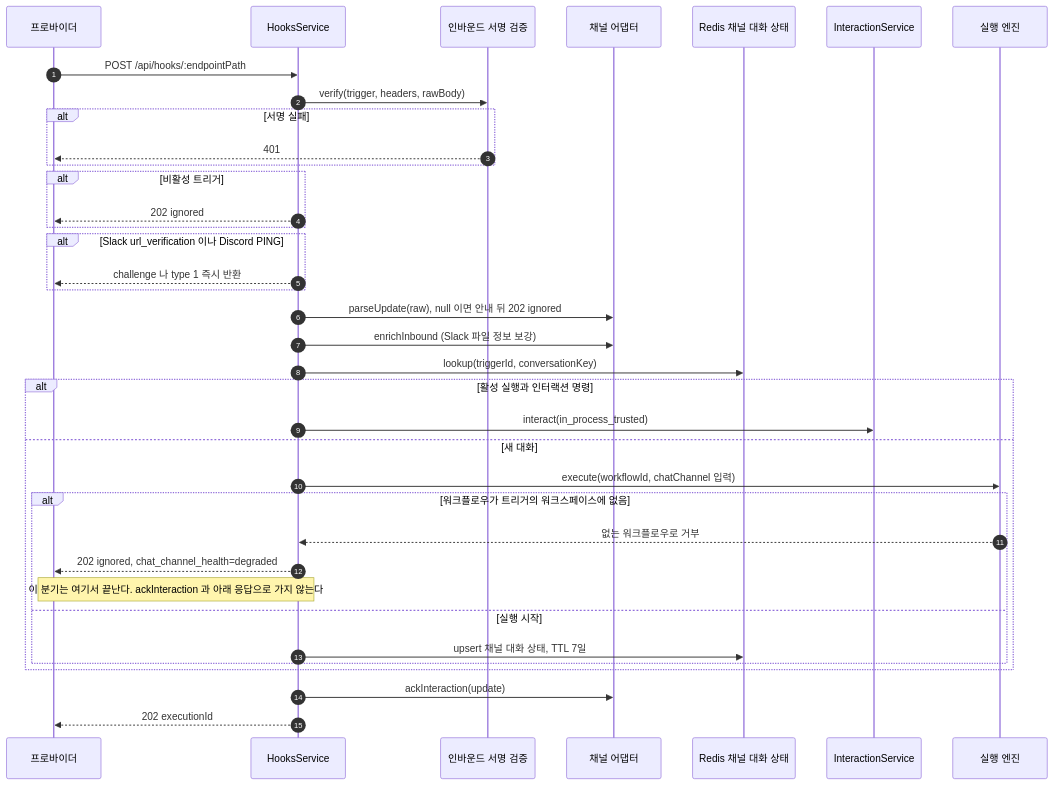
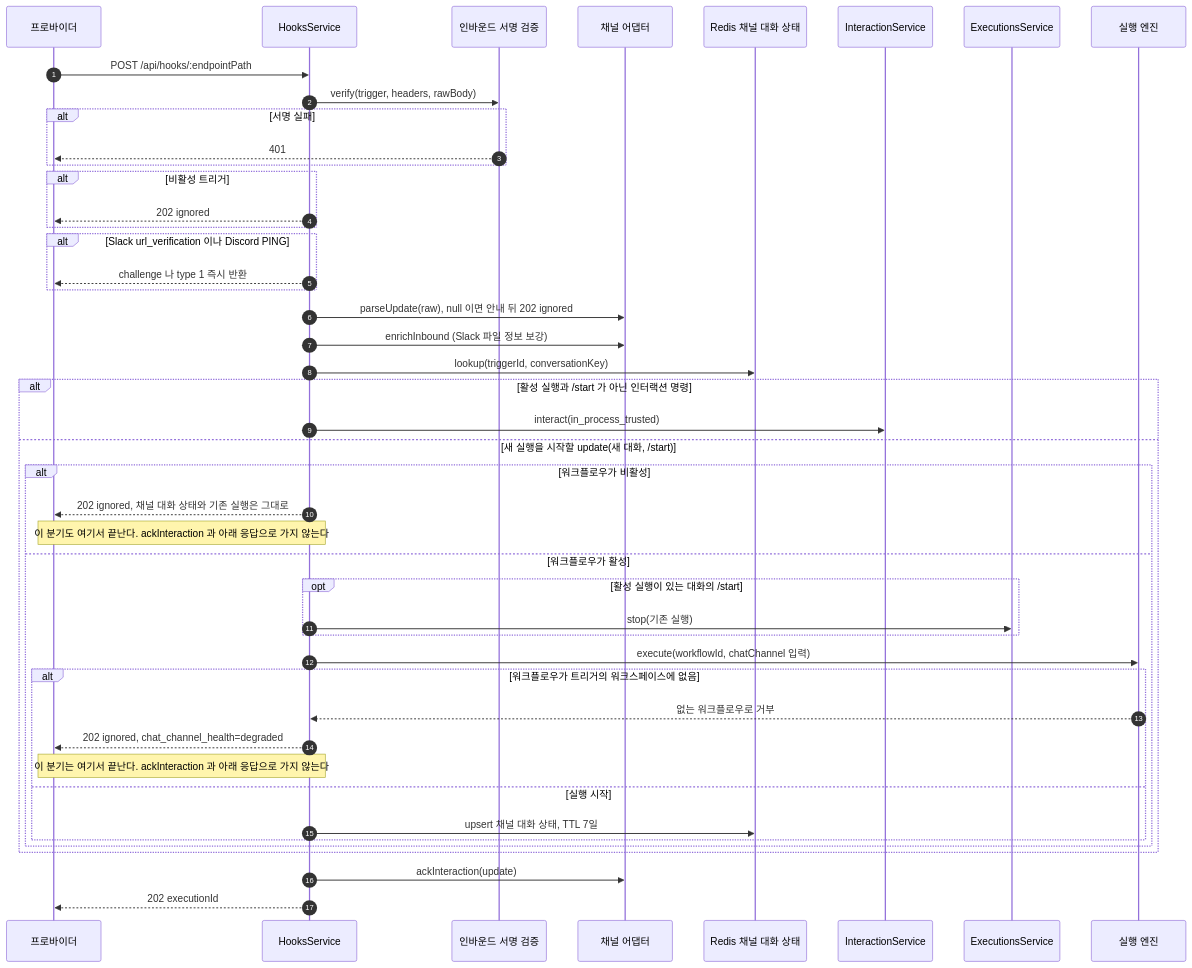
One commit to worker-ants/clemvion changed the first of 3 diagrams in spec/CLE-CHAT/CLE-CHAT-DATA.md. Above: the diagram before and after it, drawn with Mermaid. The commit also changed other lines of this file and 36 other files, not shown here.

First line of the commit message:
꺼진 워크플로우는 웹훅 · 채팅 채널 · 스케줄로 실행하지 않고, 실행 중 /start 는 재시작한다 (CLE-T-XRWFMJ, CLE-T-V4WVF2) (#1536)

````diff
--- a/spec/CLE-CHAT/CLE-CHAT-DATA.md
+++ b/spec/CLE-CHAT/CLE-CHAT-DATA.md
@@ -199,39 +199,48 @@
 ```mermaid
 sequenceDiagram
   autonumber
   participant Ext as 프로바이더
   participant Hk as HooksService
   participant Auth as 인바운드 서명 검증
   participant Ad as 채널 어댑터
   participant R as Redis 채널 대화 상태
   participant Int as InteractionService
+  participant X as ExecutionsService
   participant Eng as 실행 엔진
   Ext->>Hk: POST /api/hooks/:endpointPath
   Hk->>Auth: verify(trigger, headers, rawBody)
   alt 서명 실패
     Auth-->>Ext: 401
   end
   alt 비활성 트리거
     Hk-->>Ext: 202 ignored
   end
   alt Slack url_verification 이나 Discord PING
     Hk-->>Ext: challenge 나 type 1 즉시 반환
   end
   Hk->>Ad: parseUpdate(raw), null 이면 안내 뒤 202 ignored
   Hk->>Ad: enrichInbound (Slack 파일 정보 보강)
   Hk->>R: lookup(triggerId, conversationKey)
-  alt 활성 실행과 인터랙션 명령
+  alt 활성 실행과 /start 가 아닌 인터랙션 명령
     Hk->>Int: interact(in_process_trusted)
-  else 새 대화
-    Hk->>Eng: execute(workflowId, chatChannel 입력)
-    alt 워크플로우가 트리거의 워크스페이스에 없음
-      Eng-->>Hk: 없는 워크플로우로 거부
-      Hk-->>Ext: 202 ignored, chat_channel_health=degraded
-      Note over Hk,Ext: 이 분기는 여기서 끝난다. ackInteraction 과 아래 응답으로 가지 않는다
-    else 실행 시작
-      Hk->>R: upsert 채널 대화 상태, TTL 7일
+  else 새 실행을 시작할 update(새 대화, /start)
+    alt 워크플로우가 비활성
+      Hk-->>Ext: 202 ignored, 채널 대화 상태와 기존 실행은 그대로
+      Note over Hk,Ext: 이 분기도 여기서 끝난다. ackInteraction 과 아래 응답으로 가지 않는다
+    else 워크플로우가 활성
+      opt 활성 실행이 있는 대화의 /start
+        Hk->>X: stop(기존 실행)
+      end
+      Hk->>Eng: execute(workflowId, chatChannel 입력)
+      alt 워크플로우가 트리거의 워크스페이스에 없음
+        Eng-->>Hk: 없는 워크플로우로 거부
+        Hk-->>Ext: 202 ignored, chat_channel_health=degraded
+        Note over Hk,Ext: 이 분기는 여기서 끝난다. ackInteraction 과 아래 응답으로 가지 않는다
+      else 실행 시작
+        Hk->>R: upsert 채널 대화 상태, TTL 7일
+      end
     end
   end
   Hk->>Ad: ackInteraction(update)
   Hk-->>Ext: 202 executionId
 ```
````
